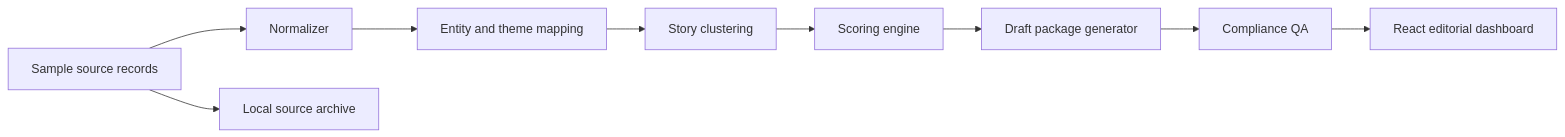
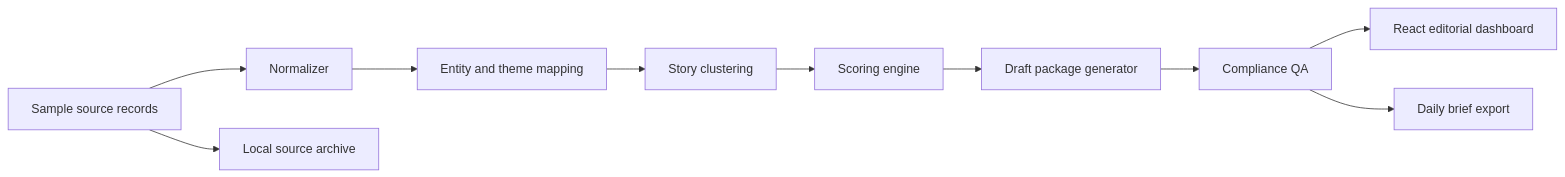
One commit to ijmontei/finbrand changed the first of 2 diagrams in docs/ARCHITECTURE.md. Above: the diagram before and after it, drawn with Mermaid. The commit also changed other lines of this file and 9 other files, not shown here.

Commit message:
Add daily brief export

````diff
--- a/docs/ARCHITECTURE.md
+++ b/docs/ARCHITECTURE.md
@@ -5,11 +5,12 @@
 ```mermaid
 flowchart LR
     A["Sample source records"] --> B["Normalizer"]
     A --> I["Local source archive"]
     B --> C["Entity and theme mapping"]
     C --> D["Story clustering"]
     D --> E["Scoring engine"]
     E --> F["Draft package generator"]
     F --> G["Compliance QA"]
     G --> H["React editorial dashboard"]
+    G --> J["Daily brief export"]
 ```
````
